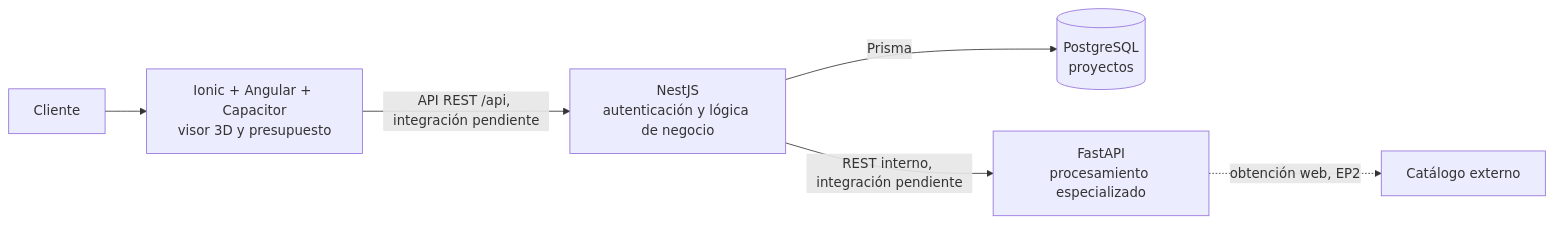
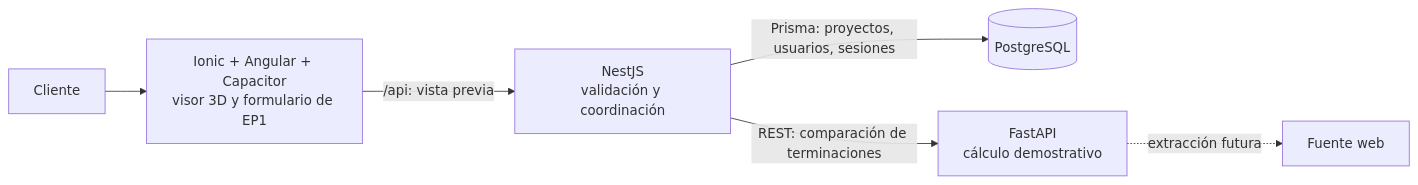
One commit to Fourdath/Habita3D changed the second of 3 diagrams in docs/architecture/overview.md. Above: the diagram before and after it, drawn with Mermaid. The commit also changed other lines of this file and 8 other files, not shown here.

````diff
--- a/docs/architecture/overview.md
+++ b/docs/architecture/overview.md
@@ -26,8 +56,8 @@
 ```mermaid
 flowchart LR
-    Usuario[Cliente] --> FE["Ionic + Angular + Capacitor<br/>visor 3D y presupuesto"]
-    FE -->|API REST /api, integración pendiente| BE["NestJS<br/>autenticación y lógica de negocio"]
-    BE -->|Prisma| DB[("PostgreSQL<br/>proyectos")]
-    BE -->|REST interno, integración pendiente| PY["FastAPI<br/>procesamiento especializado"]
-    PY -.->|obtención web, EP2| WEB[Catálogo externo]
+    Usuario[Cliente] --> FE["Ionic + Angular + Capacitor<br/>visor 3D y formulario de EP1"]
+    FE -->|/api: vista previa| BE["NestJS<br/>validación y coordinación"]
+    BE -->|Prisma: proyectos, usuarios, sesiones| DB[(PostgreSQL)]
+    BE -->|REST: comparación de terminaciones| PY["FastAPI<br/>cálculo demostrativo"]
+    PY -.->|extracción futura| WEB[Fuente web]
 ```
````
